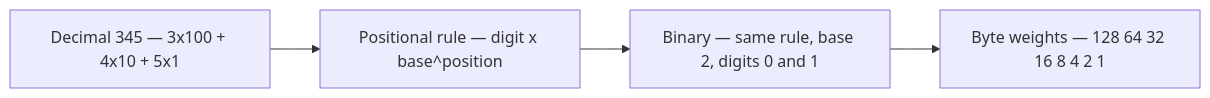
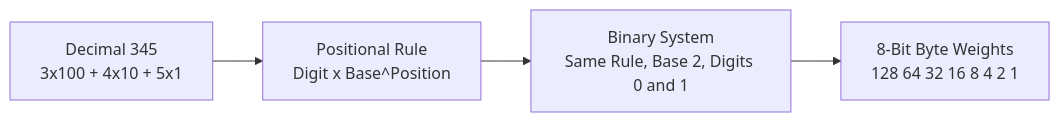
One commit to 1345AbhishekKumar/cs-cookbook changed the first of 3 diagrams in content/docs/computer-basics/it-support/05-binary-counting-and-conversion.mdx. Above: the diagram before and after it, drawn with Mermaid. The commit also changed other lines of this file and 299 other files, not shown here.

````diff
--- a/content/docs/computer-basics/it-support/05-binary-counting-and-conversion.mdx
+++ b/content/docs/computer-basics/it-support/05-binary-counting-and-conversion.mdx
@@ -39,6 +55,6 @@
 ```mermaid
 flowchart LR
-    D["Decimal 345 — 3x100 + 4x10 + 5x1"] --> P["Positional rule — digit x base^position"]
-    P --> B["Binary — same rule, base 2, digits 0 and 1"]
-    B --> W["Byte weights — 128 64 32 16 8 4 2 1"]
+    D["Decimal 345<br/>3x100 + 4x10 + 5x1"] --> P["Positional Rule<br/>Digit x Base^Position"]
+    P --> B["Binary System<br/>Same Rule, Base 2, Digits 0 and 1"]
+    B --> W["8-Bit Byte Weights<br/>128  64  32  16  8  4  2  1"]
 ```
````
